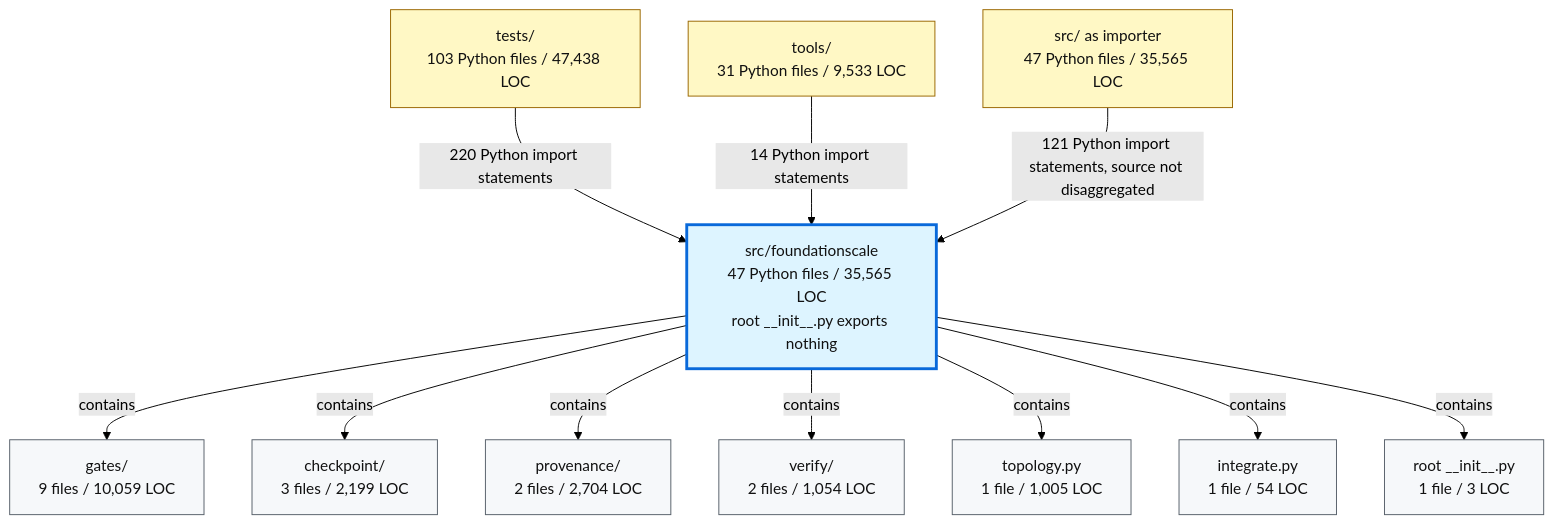
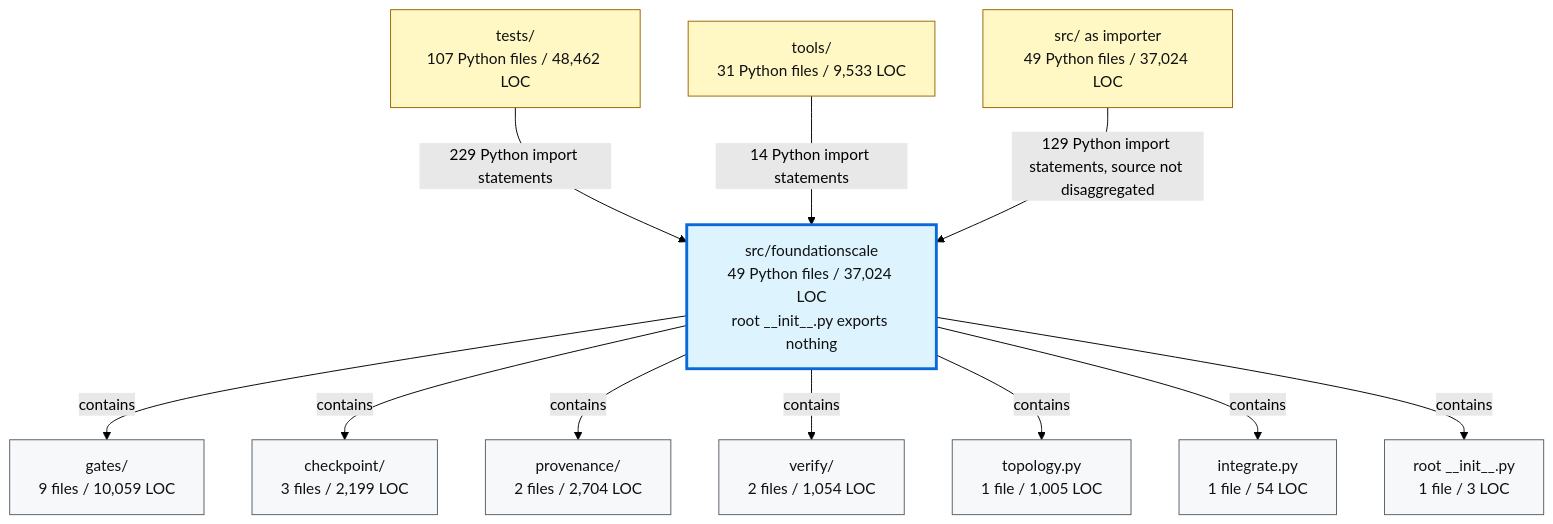
The second of 2 diagrams in docs/review/D2_current_architecture.md (TranNhiem/FoundationScale), drawn with Mermaid (forest theme) before and after one commit. The commit also changed other lines of this file and 20 other files, not shown here.

````diff
--- a/docs/review/D2_current_architecture.md
+++ b/docs/review/D2_current_architecture.md
@@ -97,36 +97,36 @@
 ```mermaid
 flowchart TB
-  TESTS["tests/<br/>103 Python files / 47,438 LOC"]
+  TESTS["tests/<br/>107 Python files / 48,462 LOC"]
   TOOLS["tools/<br/>31 Python files / 9,533 LOC"]
-  SRC["src/ as importer<br/>47 Python files / 35,565 LOC"]
+  SRC["src/ as importer<br/>49 Python files / 37,024 LOC"]
 
-  FS["src/foundationscale<br/>47 Python files / 35,565 LOC<br/>root __init__.py exports nothing"]
+  FS["src/foundationscale<br/>49 Python files / 37,024 LOC<br/>root __init__.py exports nothing"]
 
   GATES["gates/<br/>9 files / 10,059 LOC"]
   CKPT["checkpoint/<br/>3 files / 2,199 LOC"]
   PROV["provenance/<br/>2 files / 2,704 LOC"]
   VERIFY["verify/<br/>2 files / 1,054 LOC"]
   TOPO["topology.py<br/>1 file / 1,005 LOC"]
   INTEG["integrate.py<br/>1 file / 54 LOC"]
   ROOT["root __init__.py<br/>1 file / 3 LOC"]
 
-  TESTS -->|"220 Python import statements"| FS
+  TESTS -->|"229 Python import statements"| FS
   TOOLS -->|"14 Python import statements"| FS
-  SRC -->|"121 Python import statements, source not disaggregated"| FS
+  SRC -->|"129 Python import statements, source not disaggregated"| FS
 
   FS -->|"contains"| GATES
   FS -->|"contains"| CKPT
   FS -->|"contains"| PROV
   FS -->|"contains"| VERIFY
   FS -->|"contains"| TOPO
   FS -->|"contains"| INTEG
   FS -->|"contains"| ROOT
 
   classDef consumer fill:#fff8c5,stroke:#9a6700,color:#111;
   classDef package fill:#ddf4ff,stroke:#0969da,stroke-width:3px,color:#111;
   classDef module fill:#f6f8fa,stroke:#57606a,color:#111;
 
   class TESTS,TOOLS,SRC consumer;
   class FS package;
   class GATES,CKPT,PROV,VERIFY,TOPO,INTEG,ROOT module;
 ```
````
